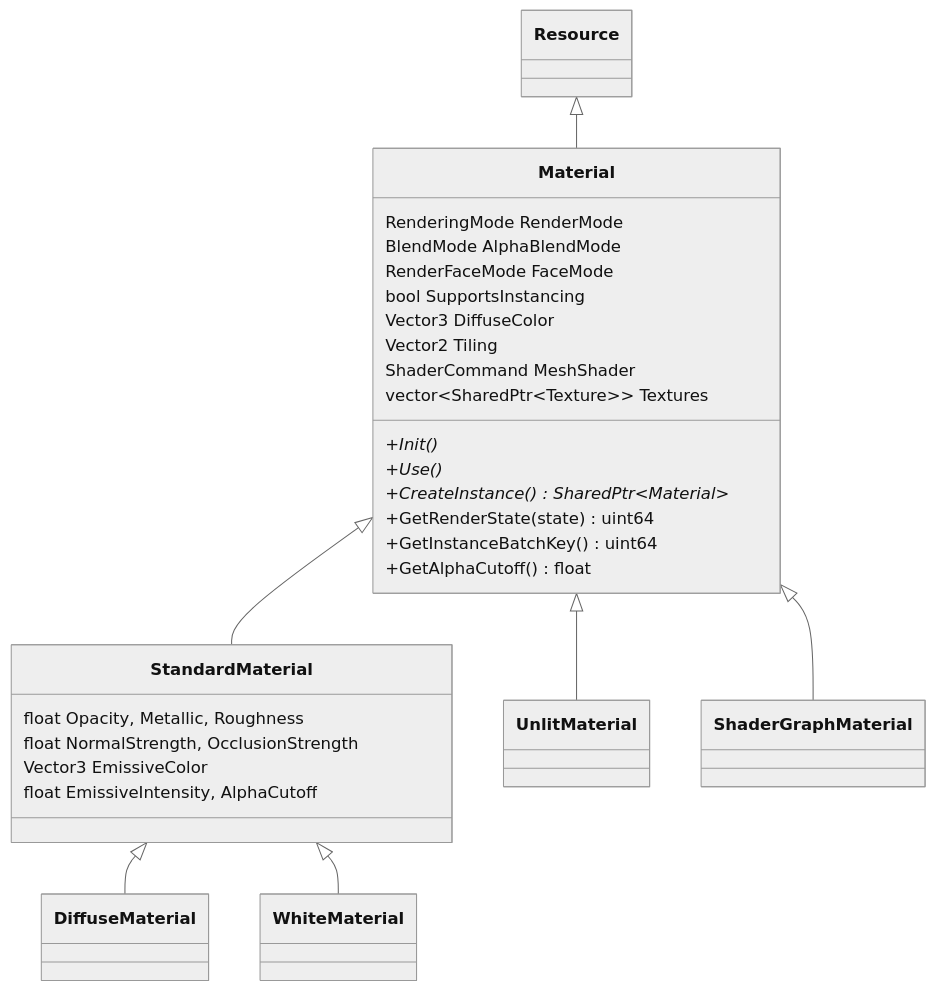
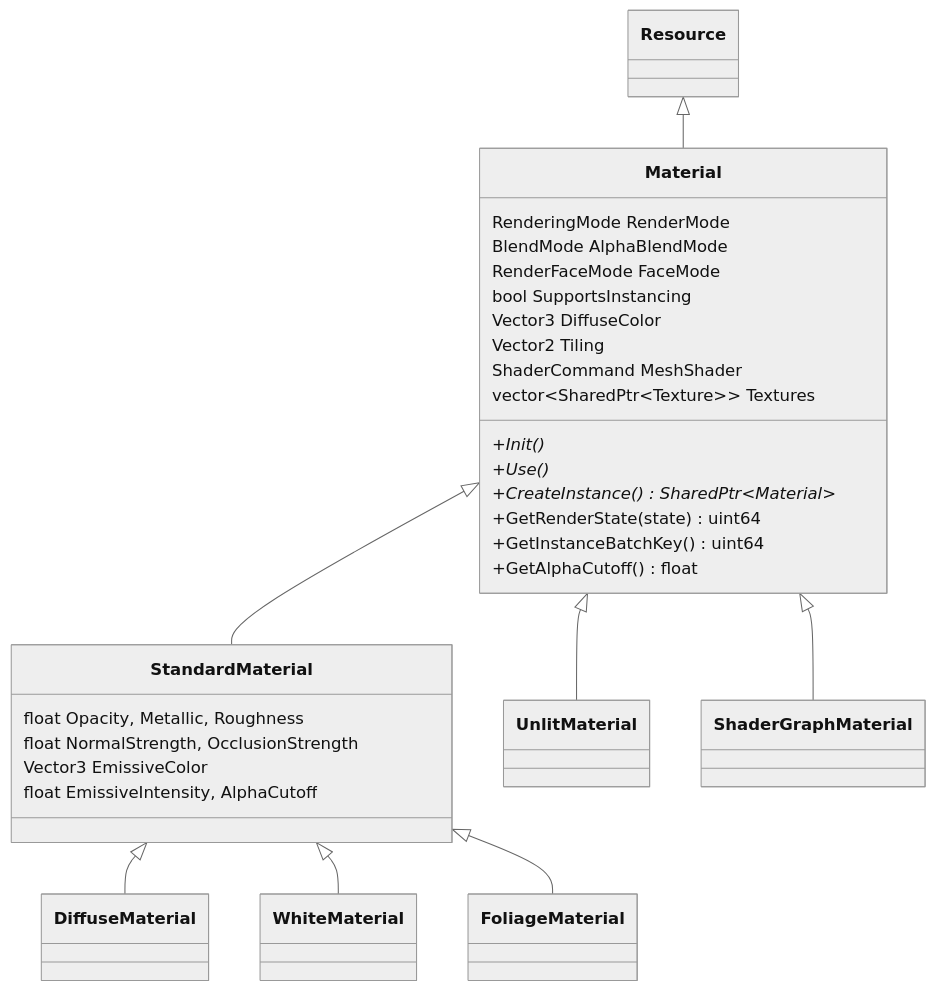
The first of 2 diagrams in Docs/Materials-and-Shaders.md (wobbier/MitchEngine), drawn with Mermaid (neutral theme) before and after one commit. The commit also changed other lines of this file and 31 other files, not shown here.

````diff
--- a/Docs/Materials-and-Shaders.md
+++ b/Docs/Materials-and-Shaders.md
@@ -35,31 +38,32 @@
 ```mermaid
 classDiagram
     Resource <|-- Material
     Material <|-- StandardMaterial
     StandardMaterial <|-- DiffuseMaterial
     StandardMaterial <|-- WhiteMaterial
     Material <|-- UnlitMaterial
     Material <|-- ShaderGraphMaterial
+    StandardMaterial <|-- FoliageMaterial
     class Material {
         RenderingMode RenderMode
         BlendMode AlphaBlendMode
         RenderFaceMode FaceMode
         bool SupportsInstancing
         Vector3 DiffuseColor
         Vector2 Tiling
         ShaderCommand MeshShader
         vector~SharedPtr~Texture~~ Textures
         +Init()*
         +Use()*
         +CreateInstance()* SharedPtr~Material~
         +GetRenderState(state) uint64
         +GetInstanceBatchKey() uint64
         +GetAlphaCutoff() float
     }
     class StandardMaterial {
         float Opacity, Metallic, Roughness
         float NormalStrength, OcclusionStrength
         Vector3 EmissiveColor
         float EmissiveIntensity, AlphaCutoff
     }
 ```
````
